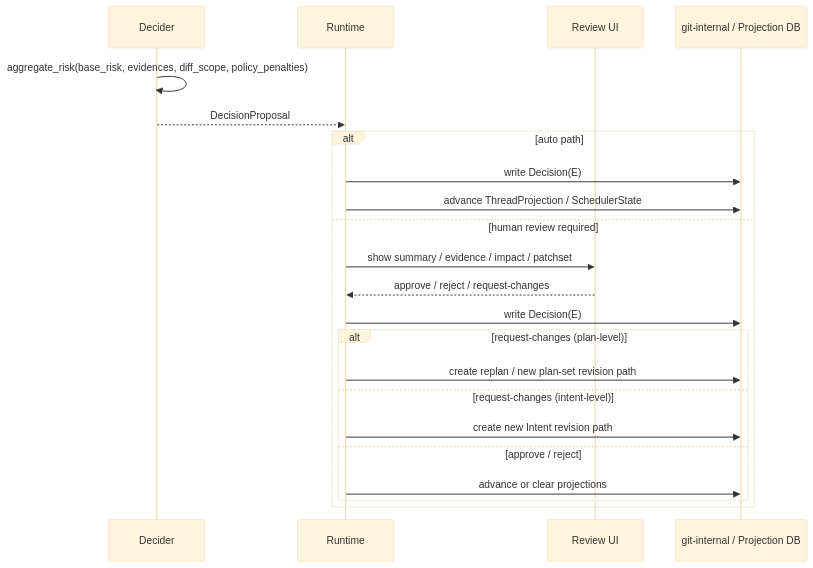
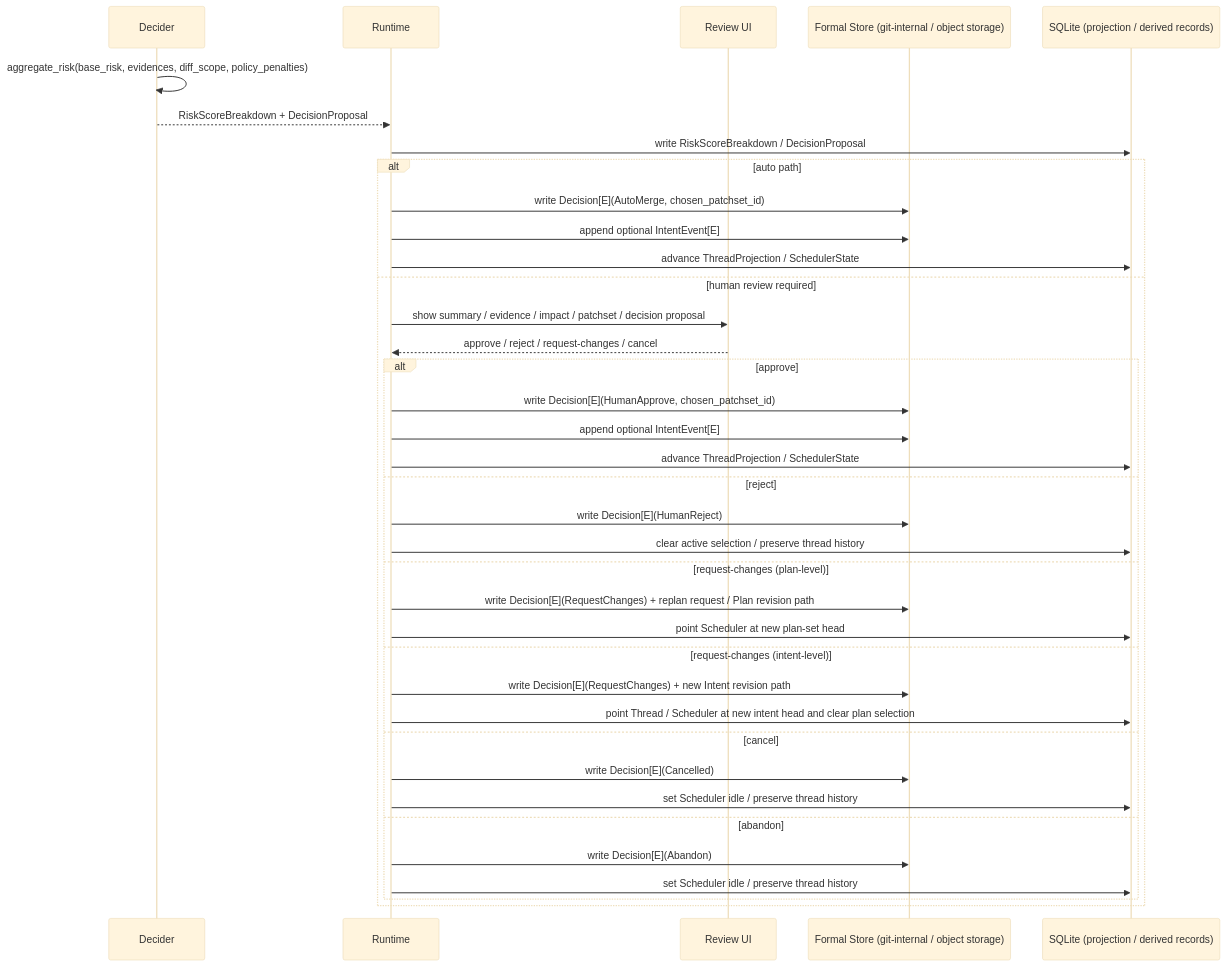
Before and after one commit to web3infra-foundation/libra: diagram 12 of 13 in docs/improvement/code.md, drawn with Mermaid (base theme). The commit also changed other lines of this file and 4 other files, not shown here.

````diff
--- a/docs/improvement/code.md
+++ b/docs/improvement/code.md
@@ -665,26 +1247,41 @@
 ```mermaid
 sequenceDiagram
     participant D as Decider
     participant R as Runtime
     participant UI as Review UI
-    participant O as git-internal / Projection DB
+    participant F as Formal Store (git-internal / object storage)
+    participant Q as SQLite (projection / derived records)
 
     D->>D: aggregate_risk(base_risk, evidences, diff_scope, policy_penalties)
-    D-->>R: DecisionProposal
+    D-->>R: RiskScoreBreakdown + DecisionProposal
+    R->>Q: write RiskScoreBreakdown / DecisionProposal
 
     alt auto path
-        R->>O: write Decision(E)
-        R->>O: advance ThreadProjection / SchedulerState
+        R->>F: write Decision[E](AutoMerge, chosen_patchset_id)
+        R->>F: append optional IntentEvent[E]
+        R->>Q: advance ThreadProjection / SchedulerState
     else human review required
-        R->>UI: show summary / evidence / impact / patchset
-        UI-->>R: approve / reject / request-changes
-        R->>O: write Decision(E)
-        alt request-changes (plan-level)
-            R->>O: create replan / new plan-set revision path
+        R->>UI: show summary / evidence / impact / patchset / decision proposal
+        UI-->>R: approve / reject / request-changes / cancel
+        alt approve
+            R->>F: write Decision[E](HumanApprove, chosen_patchset_id)
+            R->>F: append optional IntentEvent[E]
+            R->>Q: advance ThreadProjection / SchedulerState
+        else reject
+            R->>F: write Decision[E](HumanReject)
+            R->>Q: clear active selection / preserve thread history
+        else request-changes (plan-level)
+            R->>F: write Decision[E](RequestChanges) + replan request / Plan revision path
+            R->>Q: point Scheduler at new plan-set head
         else request-changes (intent-level)
-            R->>O: create new Intent revision path
-        else approve / reject
-            R->>O: advance or clear projections
+            R->>F: write Decision[E](RequestChanges) + new Intent revision path
+            R->>Q: point Thread / Scheduler at new intent head and clear plan selection
+        else cancel
+            R->>F: write Decision[E](Cancelled)
+            R->>Q: set Scheduler idle / preserve thread history
+        else abandon
+            R->>F: write Decision[E](Abandon)
+            R->>Q: set Scheduler idle / preserve thread history
         end
     end
 ```
````
